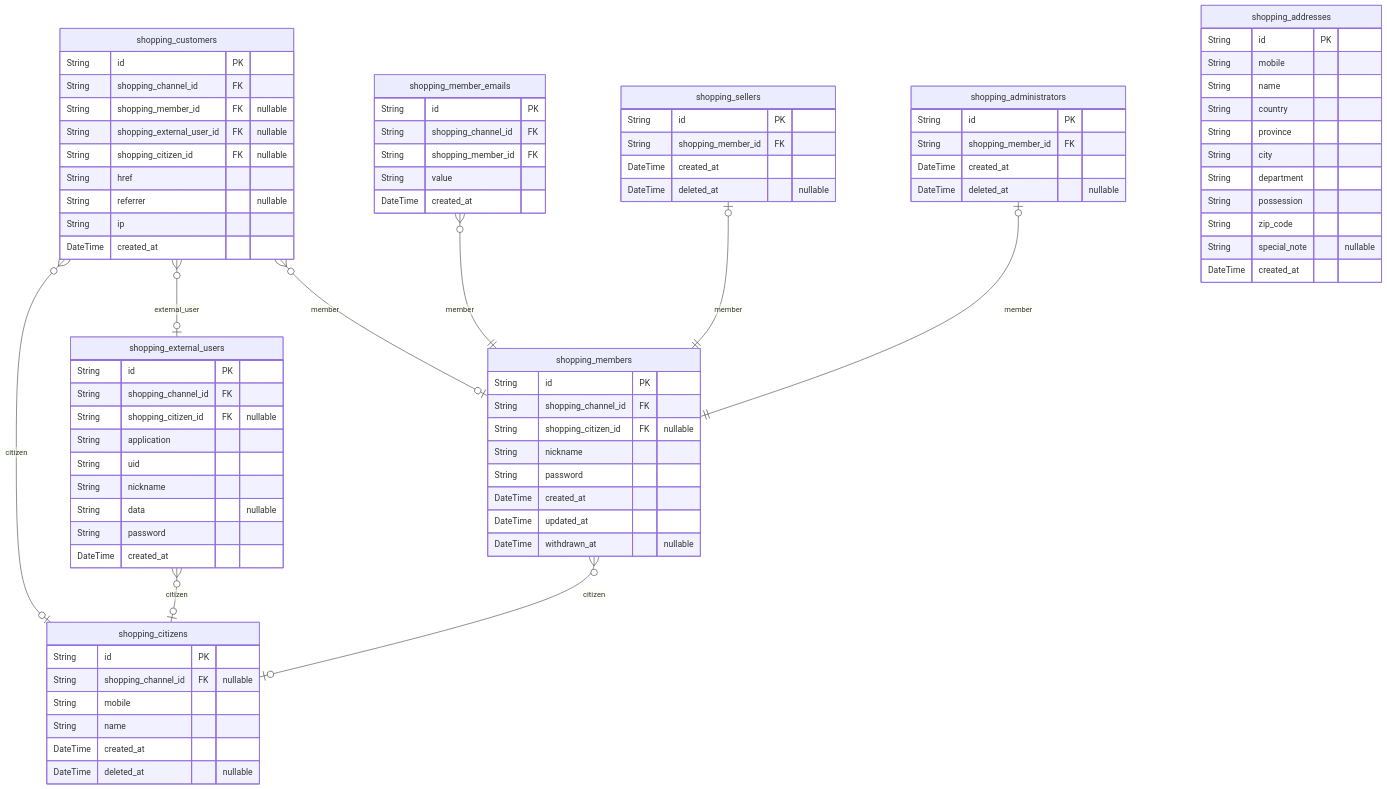
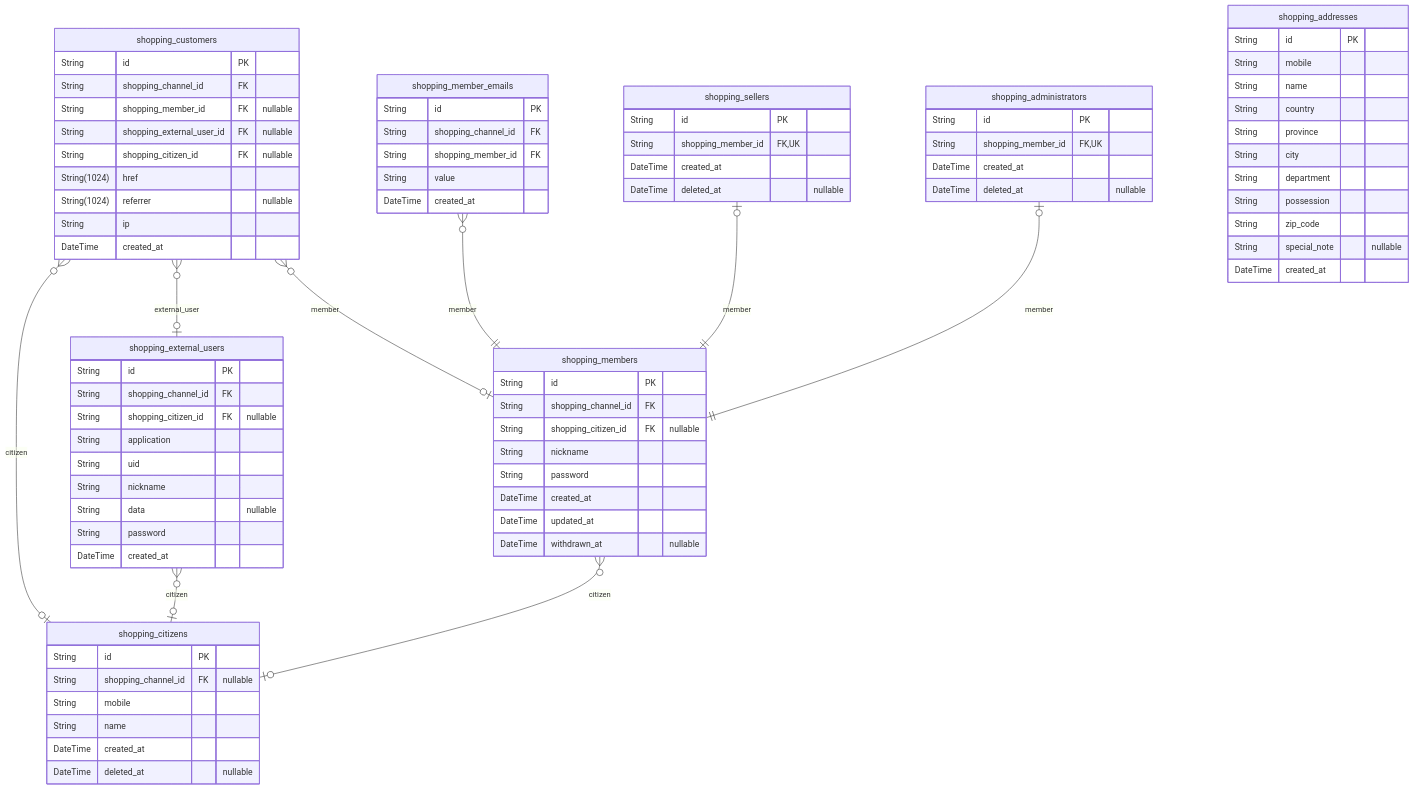
The third of 10 diagrams in docs/ERD.md (samchon/shopping-backend), drawn with Mermaid before and after one commit. The commit also changed other lines of this file and 1 other file, not shown here.

Commit message:
Fix ERD generated location

```diff
--- a/docs/ERD.md
+++ b/docs/ERD.md
@@ -389,8 +383,8 @@
   String shopping_member_id FK "nullable"
   String shopping_external_user_id FK "nullable"
   String shopping_citizen_id FK "nullable"
-  String href
-  String referrer "nullable"
+  String(1024) href
+  String(1024) referrer "nullable"
   String ip
   DateTime created_at
 }
@@ -432,13 +426,13 @@
 }
 "shopping_sellers" {
   String id PK
-  String shopping_member_id FK
+  String shopping_member_id FK,UK
   DateTime created_at
   DateTime deleted_at "nullable"
 }
 "shopping_administrators" {
   String id PK
-  String shopping_member_id FK
+  String shopping_member_id FK,UK
   DateTime created_at
   DateTime deleted_at "nullable"
 }
```
